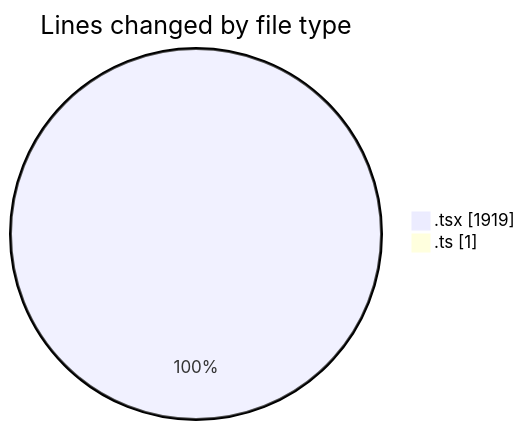
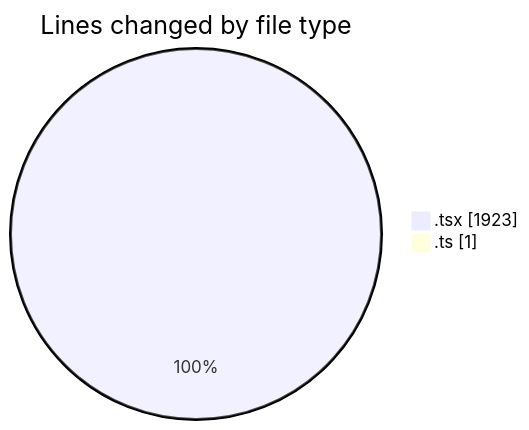
Before and after one commit to robertbonfada/code-tracking: the first of 2 diagrams in 2025-03-08/mbc-web/README.md, drawn with Mermaid. The commit also changed other lines of this file and 1 other file, not shown here.

````diff
--- a/2025-03-08/mbc-web/README.md
+++ b/2025-03-08/mbc-web/README.md
@@ -28,6 +28,6 @@
 ```mermaid
 pie showData
 title Lines changed by file type
-".tsx" : 1919
+".tsx" : 1923
 ".ts" : 1
 ```
````
